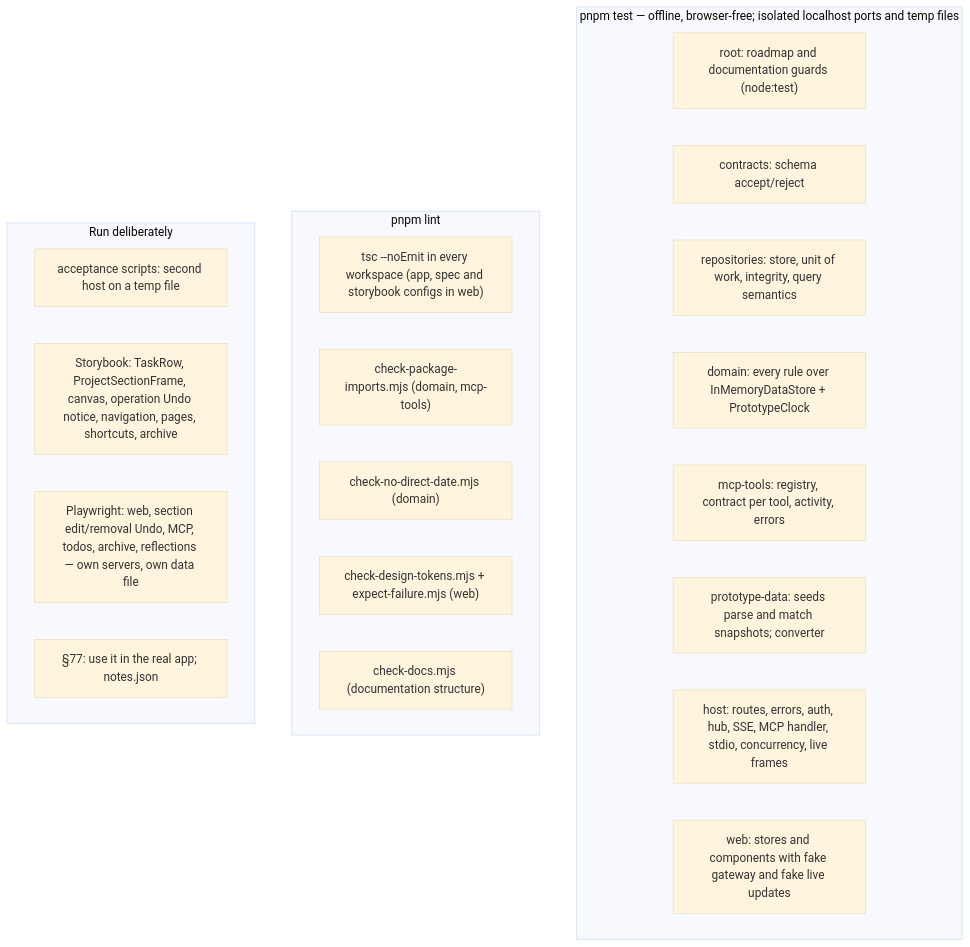
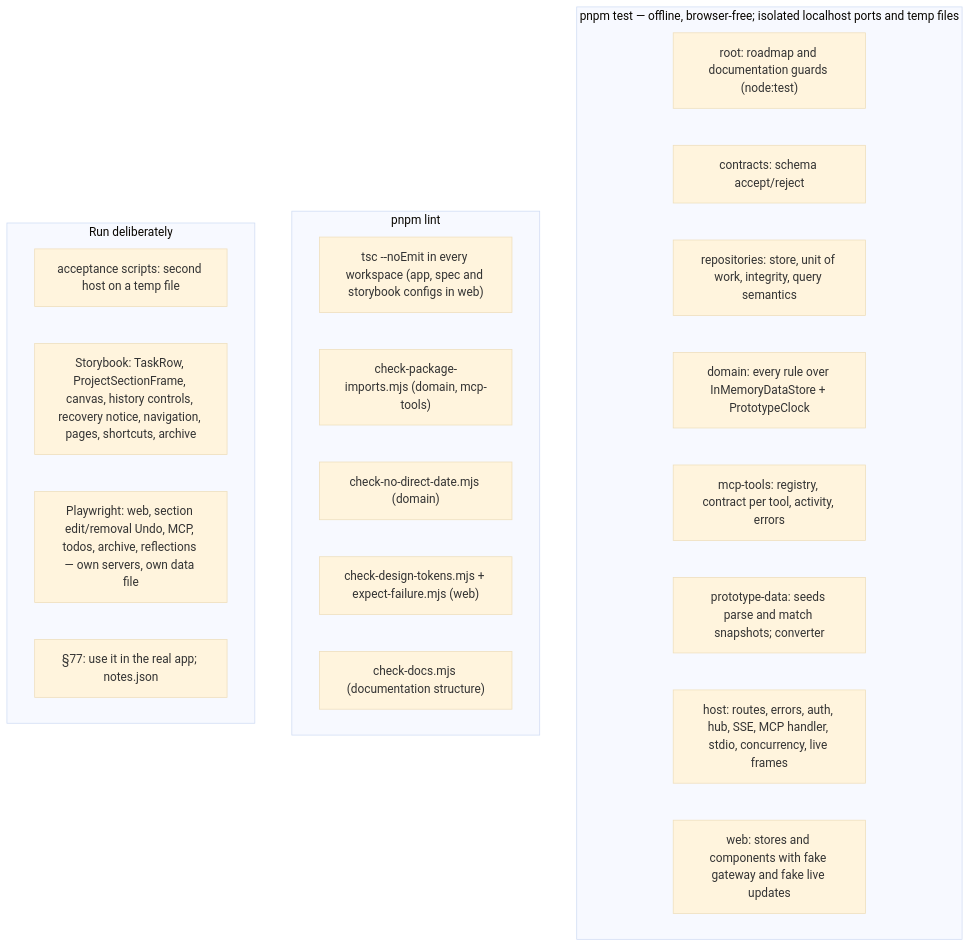
Before and after one commit to CalciteDragon/Canvas-work-manager-prototype: the first of 2 diagrams in docs/architecture/testing/what.md, drawn with Mermaid (base theme). The commit also changed other lines of this file and 22 other files, not shown here.

Commit message:
docs: architecture, guides and budget for the header history controls (Slice 41, §§26, 31, 54, 61-63)

````diff
--- a/docs/architecture/testing/what.md
+++ b/docs/architecture/testing/what.md
@@ -5,26 +5,26 @@
 ```mermaid
 flowchart TB
   subgraph offline["pnpm test — offline, browser-free; isolated localhost ports and temp files"]
     roadmap["root: roadmap and documentation guards (node:test)"]
     c["contracts: schema accept/reject"]
     r["repositories: store, unit of work, integrity, query semantics"]
     d["domain: every rule over InMemoryDataStore + PrototypeClock"]
     m["mcp-tools: registry, contract per tool, activity, errors"]
     p["prototype-data: seeds parse and match snapshots; converter"]
     h["host: routes, errors, auth, hub, SSE, MCP handler, stdio, concurrency, live frames"]
     w["web: stores and components with fake gateway and fake live updates"]
   end
   subgraph lint["pnpm lint"]
     tsc["tsc --noEmit in every workspace (app, spec and storybook configs in web)"]
     imp["check-package-imports.mjs (domain, mcp-tools)"]
     date["check-no-direct-date.mjs (domain)"]
     tok["check-design-tokens.mjs + expect-failure.mjs (web)"]
     docs["check-docs.mjs (documentation structure)"]
   end
   subgraph real["Run deliberately"]
     acc["acceptance scripts: second host on a temp file"]
-    sb["Storybook: TaskRow, ProjectSectionFrame, canvas, operation Undo notice, navigation, pages, shortcuts, archive"]
+    sb["Storybook: TaskRow, ProjectSectionFrame, canvas, history controls, recovery notice, navigation, pages, shortcuts, archive"]
     e2e["Playwright: web, section edit/removal Undo, MCP, todos, archive, reflections — own servers, own data file"]
     use["§77: use it in the real app; notes.json"]
   end
 ```
````
